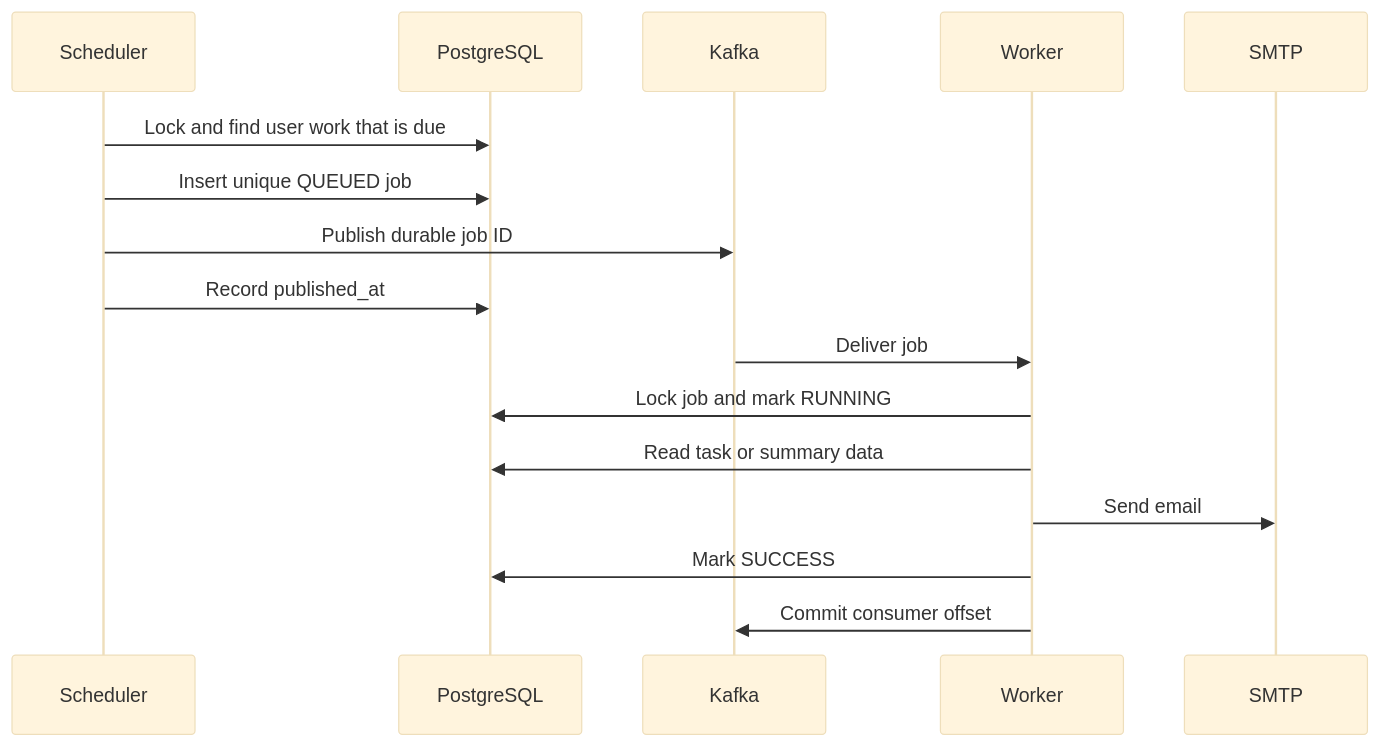
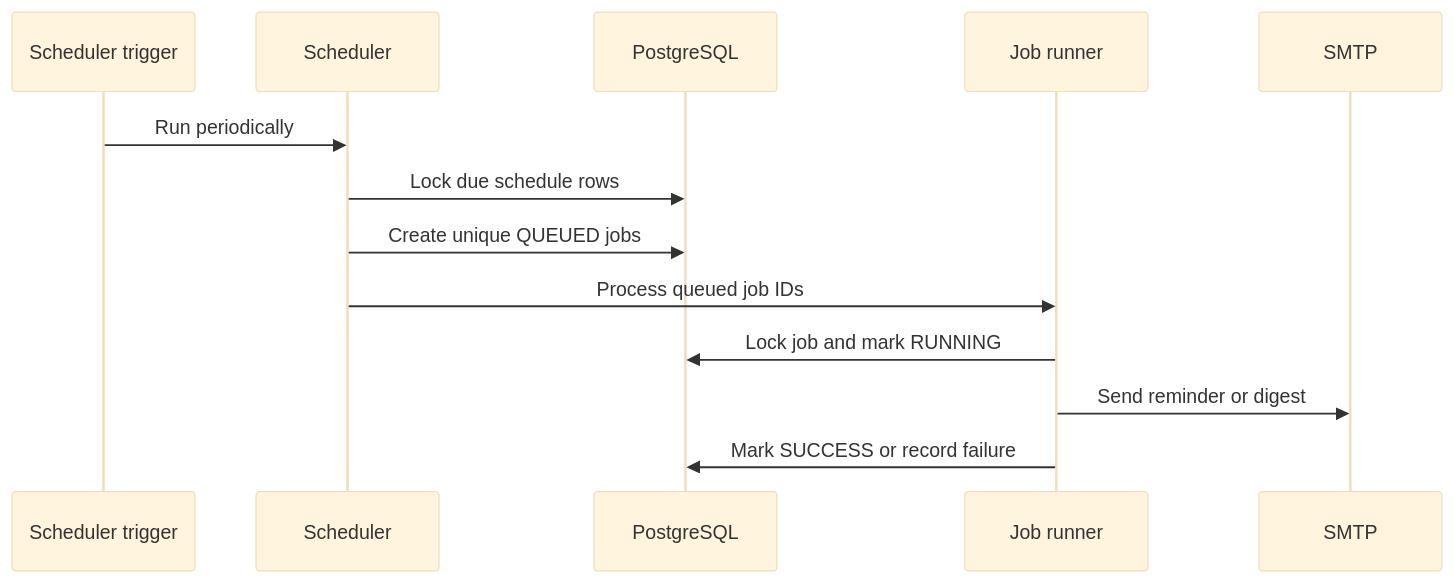
The second of 2 diagrams in PACE_INTERVIEW_GUIDE.md (rajeev8008/Pace), drawn with Mermaid (base theme) before and after one commit. The commit also changed other lines of this file and 17 other files, not shown here.

First line of the commit message:
refactor replace Kafka with PostgreSQL job scheduling

````diff
--- a/PACE_INTERVIEW_GUIDE.md
+++ b/PACE_INTERVIEW_GUIDE.md
@@ -179,18 +64,16 @@
 ```mermaid
 sequenceDiagram
+    participant T as Scheduler trigger
     participant S as Scheduler
     participant D as PostgreSQL
-    participant K as Kafka
-    participant W as Worker
+    participant R as Job runner
     participant M as SMTP
-    S->>D: Lock and find user work that is due
-    S->>D: Insert unique QUEUED job
-    S->>K: Publish durable job ID
-    S->>D: Record published_at
-    K->>W: Deliver job
-    W->>D: Lock job and mark RUNNING
-    W->>D: Read task or summary data
-    W->>M: Send email
-    W->>D: Mark SUCCESS
-    W->>K: Commit consumer offset
+
+    T->>S: Run periodically
+    S->>D: Lock due schedule rows
+    S->>D: Create unique QUEUED jobs
+    S->>R: Process queued job IDs
+    R->>D: Lock job and mark RUNNING
+    R->>M: Send reminder or digest
+    R->>D: Mark SUCCESS or record failure
 ```
````
